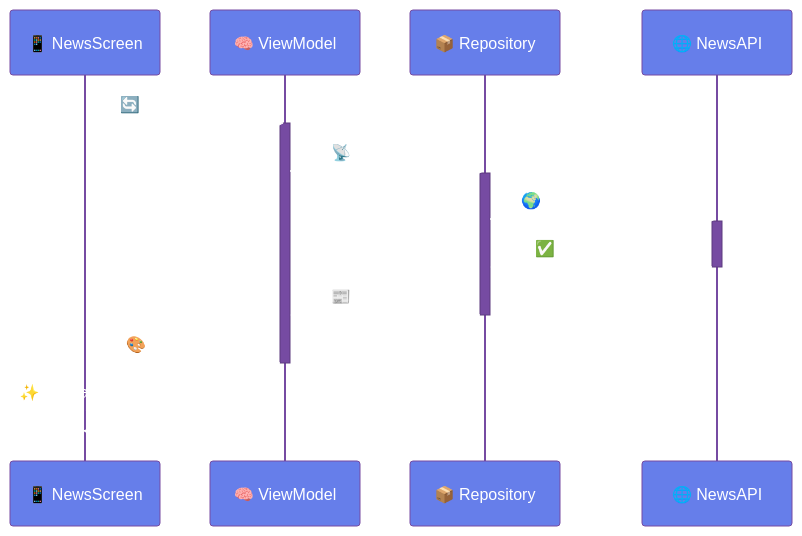
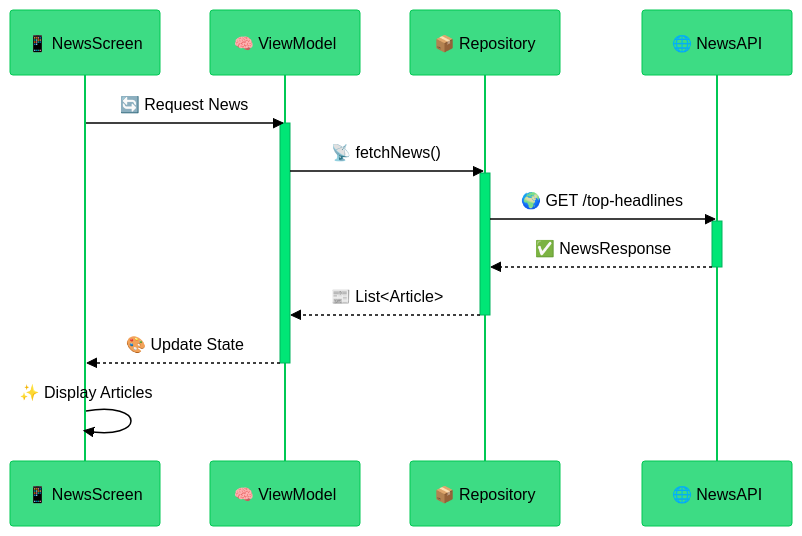
One commit to DAlgoSculptor/Alzajeera-News-App changed the second of 3 diagrams in README.md. Above: the diagram before and after it, drawn with Mermaid. The commit also changed other lines of this file, not shown here.

````diff
--- a/README.md
+++ b/README.md
@@ -295,22 +432,22 @@
 ```mermaid
-%%{init: {'theme':'base', 'themeVariables': { 'primaryColor':'#667eea','primaryTextColor':'#fff','primaryBorderColor':'#764ba2','lineColor':'#667eea','secondaryColor':'#764ba2','tertiaryColor':'#f093fb'}}}%%
+%%{init: {'theme':'base', 'themeVariables': { 'primaryColor':'#3DDC84','primaryTextColor':'#000','primaryBorderColor':'#00C853','lineColor':'#3DDC84','secondaryColor':'#00E676','tertiaryColor':'#B2DFDB'}}}%%
 sequenceDiagram
     participant UI as 📱 NewsScreen
     participant VM as 🧠 ViewModel
     participant Repo as 📦 Repository
     participant API as 🌐 NewsAPI
     
     UI->>VM: 🔄 Request News
     activate VM
     VM->>Repo: 📡 fetchNews()
     activate Repo
     Repo->>API: 🌍 GET /top-headlines
     activate API
     API-->>Repo: ✅ NewsResponse
     deactivate API
     Repo-->>VM: 📰 List<Article>
     deactivate Repo
     VM-->>UI: 🎨 Update State
     deactivate VM
     UI->>UI: ✨ Display Articles
 ```
````
